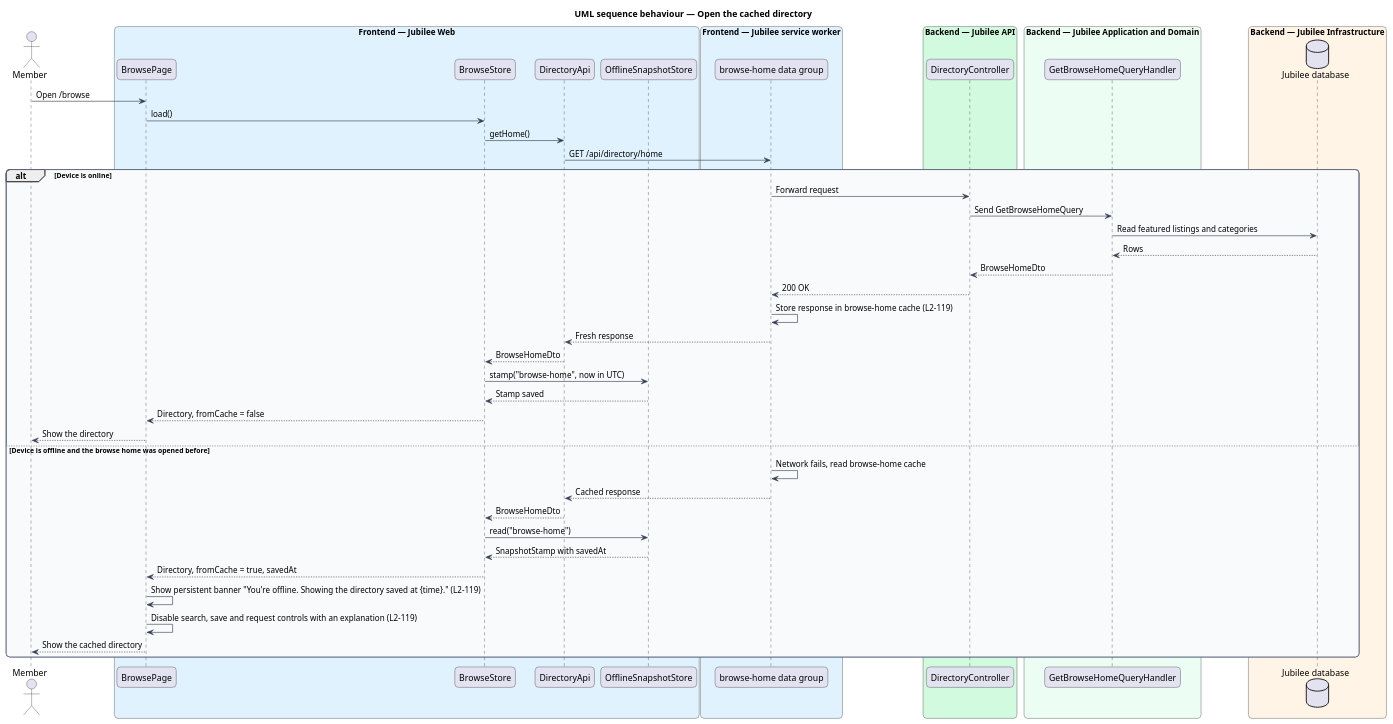
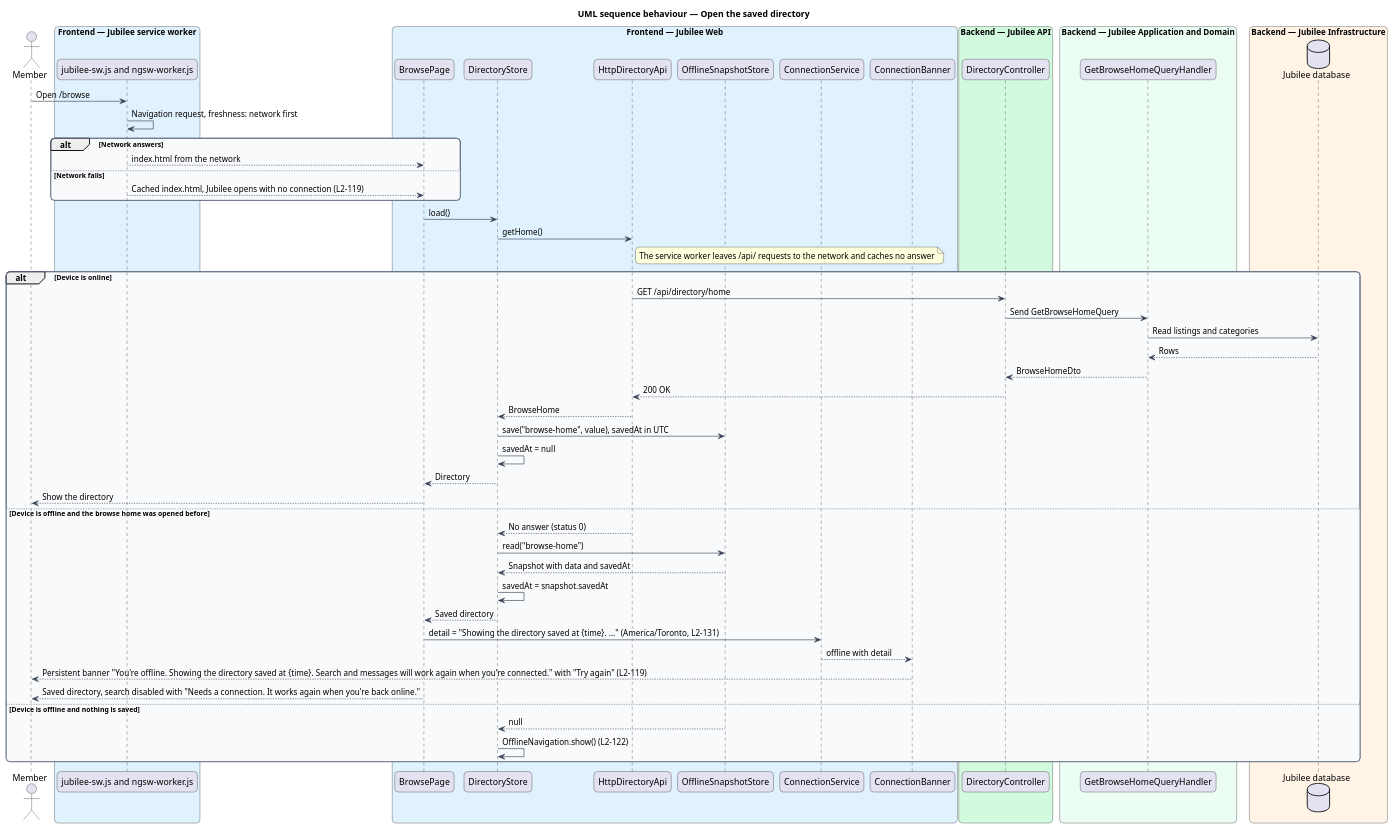
One commit to QuinntyneBrown/jubilee changed the diagram in docs/detailed-designs/offline/browse-offline/diagrams/sequence-open-cached-directory.puml. Above: the diagram before and after it, drawn with PlantUML. The commit also changed 50 other files, not shown here.

```diff
--- a/docs/detailed-designs/offline/browse-offline/diagrams/sequence-open-cached-directory.puml
+++ b/docs/detailed-designs/offline/browse-offline/diagrams/sequence-open-cached-directory.puml
@@ -1,65 +1,74 @@
 @startuml
-title UML sequence behaviour — Open the cached directory
+title UML sequence behaviour — Open the saved directory
 skinparam backgroundColor #FFFFFF
 skinparam shadowing false
 skinparam roundcorner 12
 skinparam defaultFontName Arial
 skinparam ArrowColor #344054
 skinparam rectangle {
   BorderColor #344054
   FontColor #101828
 }
 skinparam package {
   BorderColor #667085
   FontColor #101828
   BackgroundColor #F9FAFB
 }
 actor "Member" as actor
+box "Frontend — Jubilee service worker" #E0F2FE
+  participant "jubilee-sw.js and ngsw-worker.js" as sw
+end box
 box "Frontend — Jubilee Web" #E0F2FE
   participant "BrowsePage" as page
-  participant "BrowseStore" as store
-  participant "DirectoryApi" as client
+  participant "DirectoryStore" as store
+  participant "HttpDirectoryApi" as client
   participant "OfflineSnapshotStore" as snap
-end box
-box "Frontend — Jubilee service worker" #E0F2FE
-  participant "browse-home data group" as sw
+  participant "ConnectionService" as conn
+  participant "ConnectionBanner" as banner
 end box
 box "Backend — Jubilee API" #D1FADF
   participant "DirectoryController" as controller
 end box
 box "Backend — Jubilee Application and Domain" #ECFDF3
   participant "GetBrowseHomeQueryHandler" as handler
 end box
 box "Backend — Jubilee Infrastructure" #FFF4E5
   database "Jubilee database" as db
 end box
-actor -> page : Open /browse
+actor -> sw : Open /browse
+sw -> sw : Navigation request, freshness: network first
+alt Network answers
+  sw --> page : index.html from the network
+else Network fails
+  sw --> page : Cached index.html, Jubilee opens with no connection (L2-119)
+end
 page -> store : load()
 store -> client : getHome()
-client -> sw : GET /api/directory/home
+note right of client : The service worker leaves /api/ requests to the network and caches no answer
 alt Device is online
-  sw -> controller : Forward request
+  client -> controller : GET /api/directory/home
   controller -> handler : Send GetBrowseHomeQuery
-  handler -> db : Read featured listings and categories
+  handler -> db : Read listings and categories
   db --> handler : Rows
   handler --> controller : BrowseHomeDto
-  controller --> sw : 200 OK
-  sw -> sw : Store response in browse-home cache (L2-119)
-  sw --> client : Fresh response
-  client --> store : BrowseHomeDto
-  store -> snap : stamp("browse-home", now in UTC)
-  snap --> store : Stamp saved
-  store --> page : Directory, fromCache = false
+  controller --> client : 200 OK
+  client --> store : BrowseHome
+  store -> snap : save("browse-home", value), savedAt in UTC
+  store -> store : savedAt = null
+  store --> page : Directory
   page --> actor : Show the directory
 else Device is offline and the browse home was opened before
-  sw -> sw : Network fails, read browse-home cache
-  sw --> client : Cached response
-  client --> store : BrowseHomeDto
+  client --> store : No answer (status 0)
   store -> snap : read("browse-home")
-  snap --> store : SnapshotStamp with savedAt
-  store --> page : Directory, fromCache = true, savedAt
-  page -> page : Show persistent banner "You're offline. Showing the directory saved at {time}." (L2-119)
-  page -> page : Disable search, save and request controls with an explanation (L2-119)
-  page --> actor : Show the cached directory
+  snap --> store : Snapshot with data and savedAt
+  store -> store : savedAt = snapshot.savedAt
+  store --> page : Saved directory
+  page -> conn : detail = "Showing the directory saved at {time}. ..." (America/Toronto, L2-131)
+  conn --> banner : offline with detail
+  banner --> actor : Persistent banner "You're offline. Showing the directory saved at {time}. Search and messages will work again when you're connected." with "Try again" (L2-119)
+  page --> actor : Saved directory, search disabled with "Needs a connection. It works again when you're back online."
+else Device is offline and nothing is saved
+  snap --> store : null
+  store -> store : OfflineNavigation.show() (L2-122)
 end
 @enduml
```
